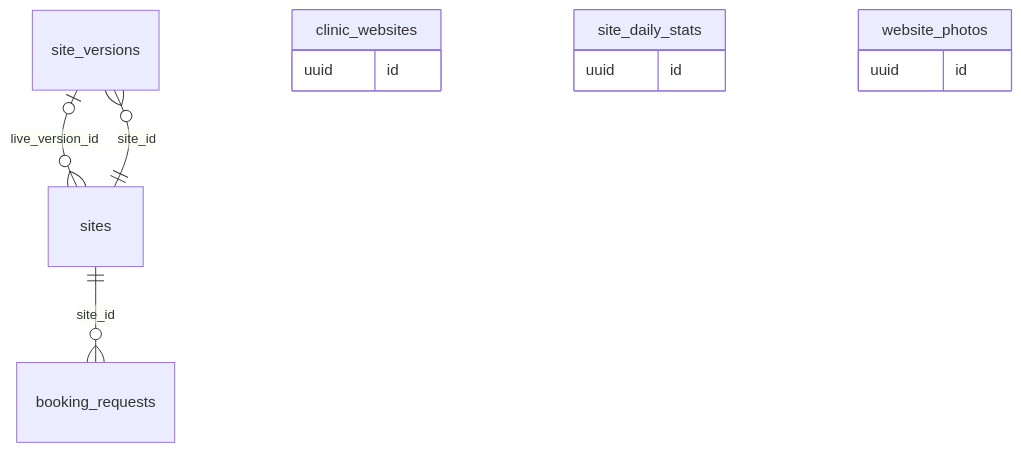
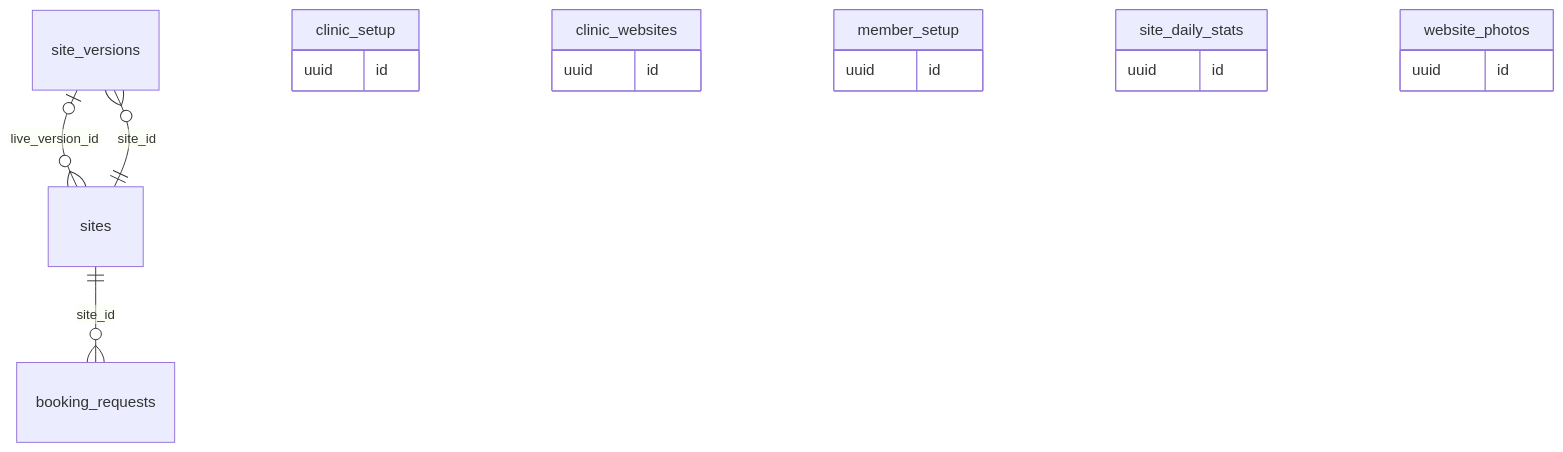
One commit to sakalyatechnologies/aarogyam changed diagram 11 of 13 in docs/database.md. Above: the diagram before and after it, drawn with Mermaid. The commit also changed other lines of this file and 28 other files, not shown here.

Commit message:
feat(setup): first-run setup state per clinic and member, and a doctor's own profile and hours

````diff
--- a/docs/database.md
+++ b/docs/database.md
@@ -2233,15 +2234,21 @@
 ```mermaid
 erDiagram
   site_versions |o--o{ sites : "live_version_id"
   sites ||--o{ site_versions : "site_id"
   sites ||--o{ booking_requests : "site_id"
+  clinic_setup {
+    uuid id
+  }
   clinic_websites {
+    uuid id
+  }
+  member_setup {
     uuid id
   }
   site_daily_stats {
     uuid id
   }
   website_photos {
     uuid id
   }
 ```
````
